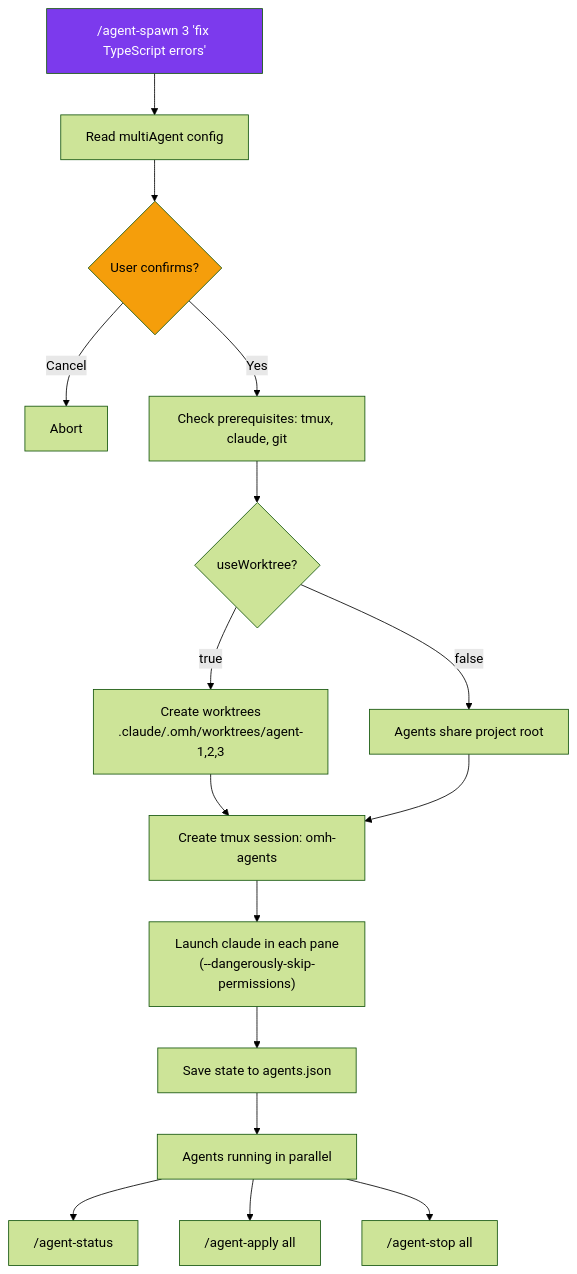
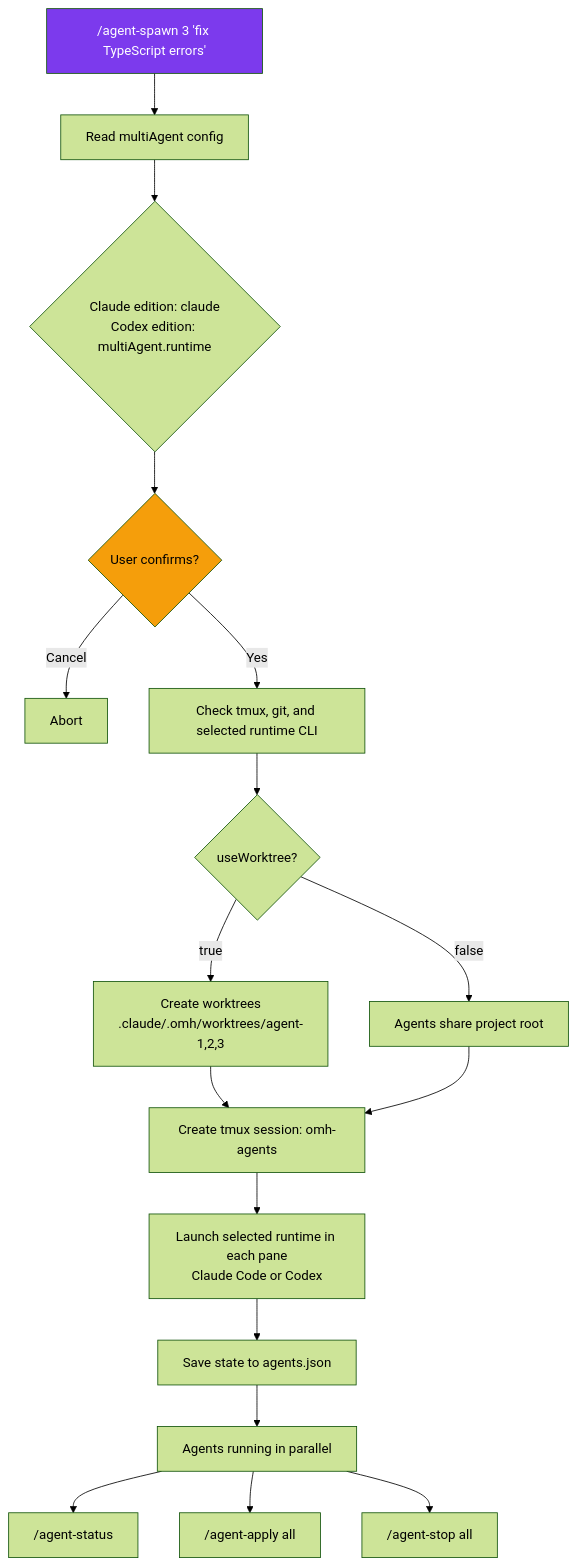
Before and after one commit to Hoya324/oh-my-harness: the fifth of 7 diagrams in README.md, drawn with Mermaid (forest theme). The commit also changed other lines of this file and 15 other files, not shown here.

````diff
--- a/README.md
+++ b/README.md
@@ -373,25 +381,26 @@
 ```mermaid
 graph TD
     START["/agent-spawn 3 'fix TypeScript errors'"] --> CONFIG[Read multiAgent config]
-    CONFIG --> CONFIRM{"User confirms?"}
+    CONFIG --> RUNTIME{"Claude edition: claude<br/>Codex edition: multiAgent.runtime"}
+    RUNTIME --> CONFIRM{"User confirms?"}
     CONFIRM -->|Cancel| ABORT[Abort]
-    CONFIRM -->|Yes| CHECK[Check prerequisites: tmux, claude, git]
+    CONFIRM -->|Yes| CHECK["Check tmux, git, and selected runtime CLI"]
     CHECK --> WT{"useWorktree?"}
 
     WT -->|true| CREATE_WT["Create worktrees<br/>.claude/.omh/worktrees/agent-1,2,3"]
     WT -->|false| SHARED[Agents share project root]
 
     CREATE_WT --> TMUX[Create tmux session: omh-agents]
     SHARED --> TMUX
 
-    TMUX --> LAUNCH["Launch claude in each pane<br/>(--dangerously-skip-permissions)"]
+    TMUX --> LAUNCH["Launch selected runtime in each pane<br/>Claude Code or Codex"]
     LAUNCH --> STATE[Save state to agents.json]
     STATE --> DONE[Agents running in parallel]
 
     DONE --> STATUS["/agent-status"]
     DONE --> APPLY["/agent-apply all"]
     DONE --> STOP["/agent-stop all"]
 
     style START fill:#7C3AED,color:#fff
     style CONFIRM fill:#f59e0b,color:#000
 ```
````
